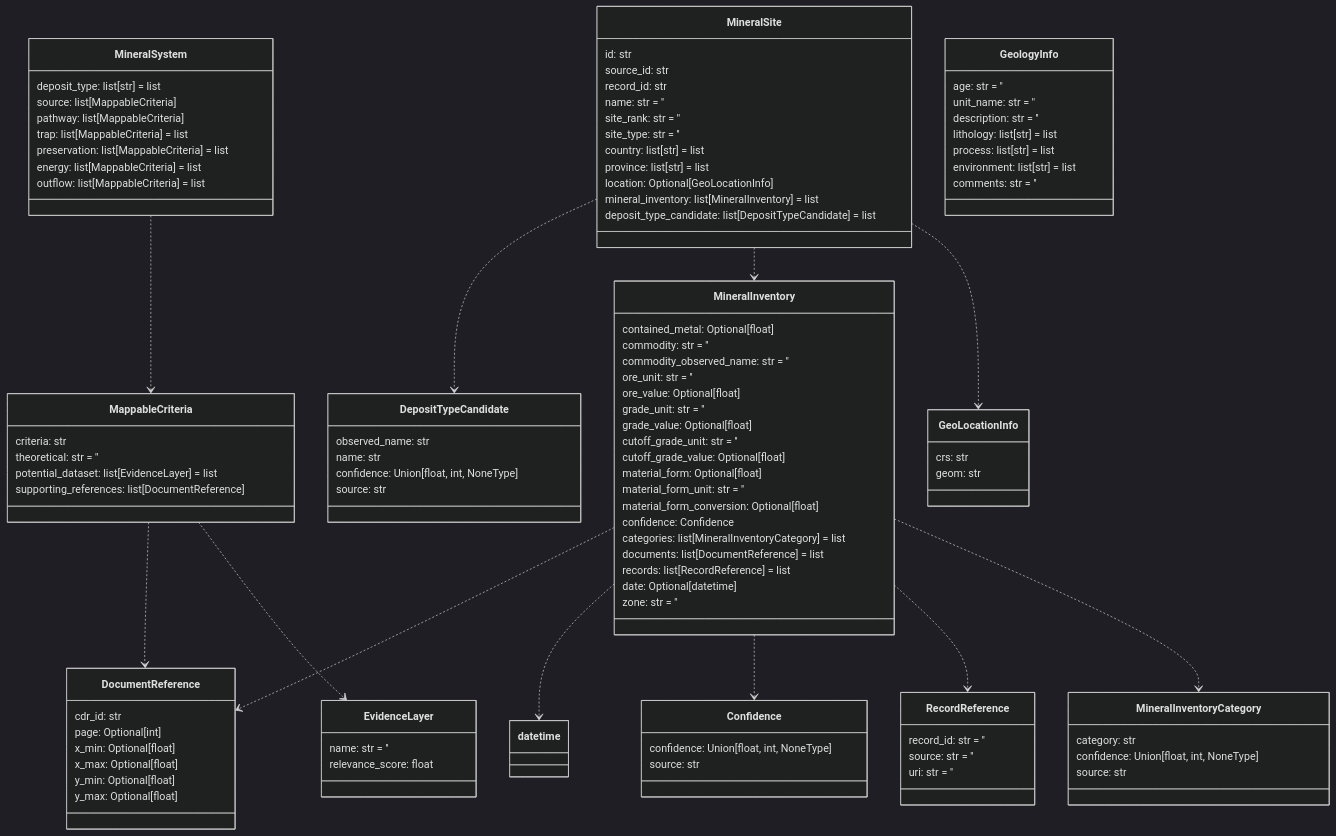
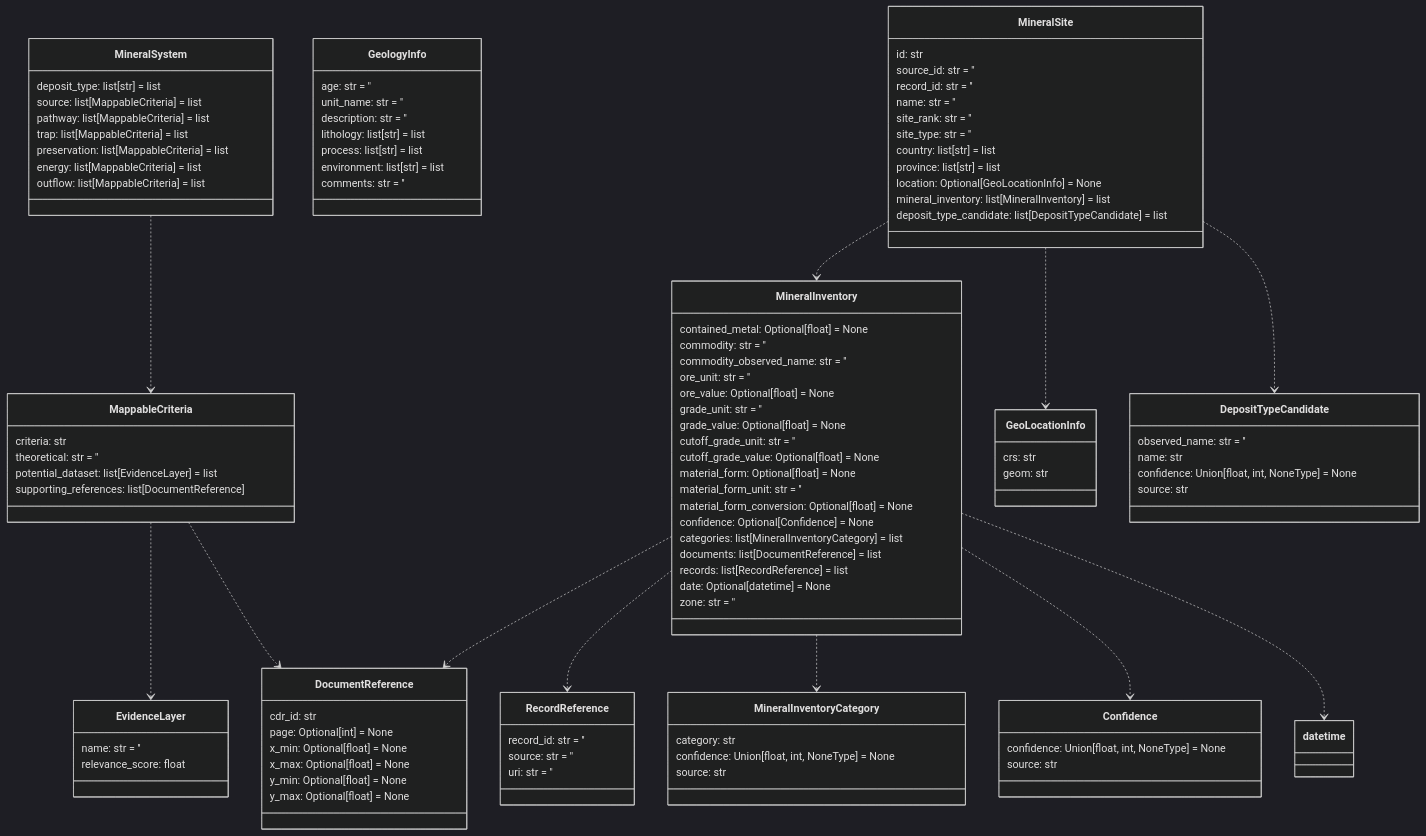
The tenth of 14 diagrams in README.md (DARPA-CRITICALMAAS/cdr_schemas), drawn with Mermaid (dark theme) before and after one commit. The commit also changed 1 other file, not shown here.

Commit message:
mineral updates

````diff
--- a/README.md
+++ b/README.md
@@ -765,45 +765,5 @@
 ```mermaid
 classDiagram
-
-    class DepositTypeCandidate {
-        observed_name: str
-        name: str
-        confidence: Union[float, int, NoneType]
-        source: str
-    }
-
-    class DocumentReference {
-        cdr_id: str
-        page: Optional[int]
-        x_min: Optional[float]
-        x_max: Optional[float]
-        y_min: Optional[float]
-        y_max: Optional[float]
-    }
-
-    class MineralSite {
-        id: str
-        source_id: str
-        record_id: str
-        name: str = ''
-        site_rank: str = ''
-        site_type: str = ''
-        country: list[str] = list
-        province: list[str] = list
-        location: Optional[GeoLocationInfo]
-        mineral_inventory: list[MineralInventory] = list
-        deposit_type_candidate: list[DepositTypeCandidate] = list
-    }
-
-    class MineralSystem {
-        deposit_type: list[str] = list
-        source: list[MappableCriteria]
-        pathway: list[MappableCriteria]
-        trap: list[MappableCriteria] = list
-        preservation: list[MappableCriteria] = list
-        energy: list[MappableCriteria] = list
-        outflow: list[MappableCriteria] = list
-    }
 
     class MappableCriteria {
         criteria: str
@@ -817,16 +777,41 @@
         relevance_score: float
     }
 
-    class RecordReference {
-        record_id: str = ''
-        source: str = ''
-        uri: str = ''
+    class MineralInventoryCategory {
+        category: str
+        confidence: Union[float, int, NoneType] = None
+        source: str
     }
 
-    class MineralInventoryCategory {
-        category: str
-        confidence: Union[float, int, NoneType]
-        source: str
+    class MineralInventory {
+        contained_metal: Optional[float] = None
+        commodity: str = ''
+        commodity_observed_name: str = ''
+        ore_unit: str = ''
+        ore_value: Optional[float] = None
+        grade_unit: str = ''
+        grade_value: Optional[float] = None
+        cutoff_grade_unit: str = ''
+        cutoff_grade_value: Optional[float] = None
+        material_form: Optional[float] = None
+        material_form_unit: str = ''
+        material_form_conversion: Optional[float] = None
+        confidence: Optional[Confidence] = None
+        categories: list[MineralInventoryCategory] = list
+        documents: list[DocumentReference] = list
+        records: list[RecordReference] = list
+        date: Optional[datetime] = None
+        zone: str = ''
+    }
+
+    class MineralSystem {
+        deposit_type: list[str] = list
+        source: list[MappableCriteria] = list
+        pathway: list[MappableCriteria] = list
+        trap: list[MappableCriteria] = list
+        preservation: list[MappableCriteria] = list
+        energy: list[MappableCriteria] = list
+        outflow: list[MappableCriteria] = list
     }
 
     class GeologyInfo {
@@ -839,30 +824,18 @@
         comments: str = ''
     }
 
-    class Confidence {
-        confidence: Union[float, int, NoneType]
-        source: str
-    }
-
-    class MineralInventory {
-        contained_metal: Optional[float]
-        commodity: str = ''
-        commodity_observed_name: str = ''
-        ore_unit: str = ''
-        ore_value: Optional[float]
-        grade_unit: str = ''
-        grade_value: Optional[float]
-        cutoff_grade_unit: str = ''
-        cutoff_grade_value: Optional[float]
-        material_form: Optional[float]
-        material_form_unit: str = ''
-        material_form_conversion: Optional[float]
-        confidence: Confidence
-        categories: list[MineralInventoryCategory] = list
-        documents: list[DocumentReference] = list
-        records: list[RecordReference] = list
-        date: Optional[datetime]
-        zone: str = ''
+    class MineralSite {
+        id: str
+        source_id: str = ''
+        record_id: str = ''
+        name: str = ''
+        site_rank: str = ''
+        site_type: str = ''
+        country: list[str] = list
+        province: list[str] = list
+        location: Optional[GeoLocationInfo] = None
+        mineral_inventory: list[MineralInventory] = list
+        deposit_type_candidate: list[DepositTypeCandidate] = list
     }
 
     class GeoLocationInfo {
@@ -870,17 +843,44 @@
         geom: str
     }
 
+    class DepositTypeCandidate {
+        observed_name: str = ''
+        name: str
+        confidence: Union[float, int, NoneType] = None
+        source: str
+    }
+
+    class RecordReference {
+        record_id: str = ''
+        source: str = ''
+        uri: str = ''
+    }
+
+    class Confidence {
+        confidence: Union[float, int, NoneType] = None
+        source: str
+    }
+
+    class DocumentReference {
+        cdr_id: str
+        page: Optional[int] = None
+        x_min: Optional[float] = None
+        x_max: Optional[float] = None
+        y_min: Optional[float] = None
+        y_max: Optional[float] = None
+    }
+
+    MappableCriteria ..> EvidenceLayer
     MappableCriteria ..> DocumentReference
-    MappableCriteria ..> EvidenceLayer
     MineralSystem ..> MappableCriteria
+    MineralInventory ..> RecordReference
+    MineralInventory ..> MineralInventoryCategory
+    MineralInventory ..> Confidence
     MineralInventory ..> DocumentReference
     MineralInventory ..> datetime
-    MineralInventory ..> Confidence
-    MineralInventory ..> RecordReference
-    MineralInventory ..> MineralInventoryCategory
+    MineralSite ..> GeoLocationInfo
     MineralSite ..> DepositTypeCandidate
     MineralSite ..> MineralInventory
-    MineralSite ..> GeoLocationInfo
 
 
 ```
````
